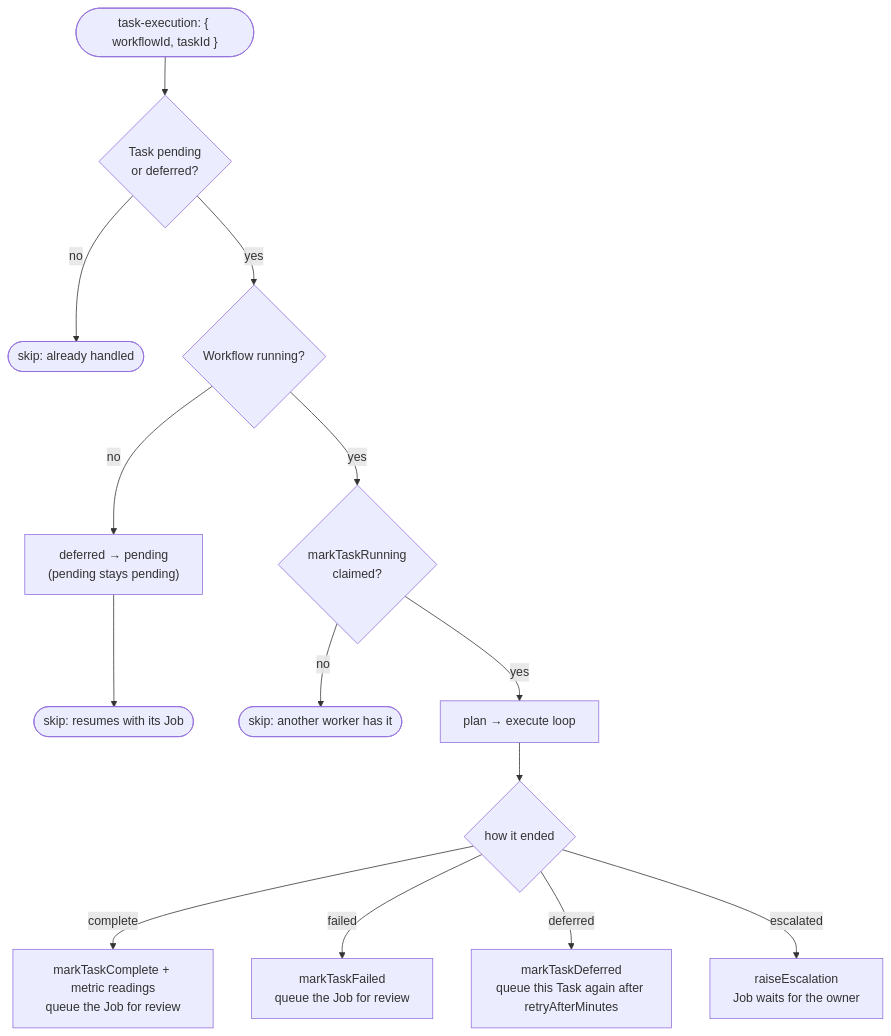
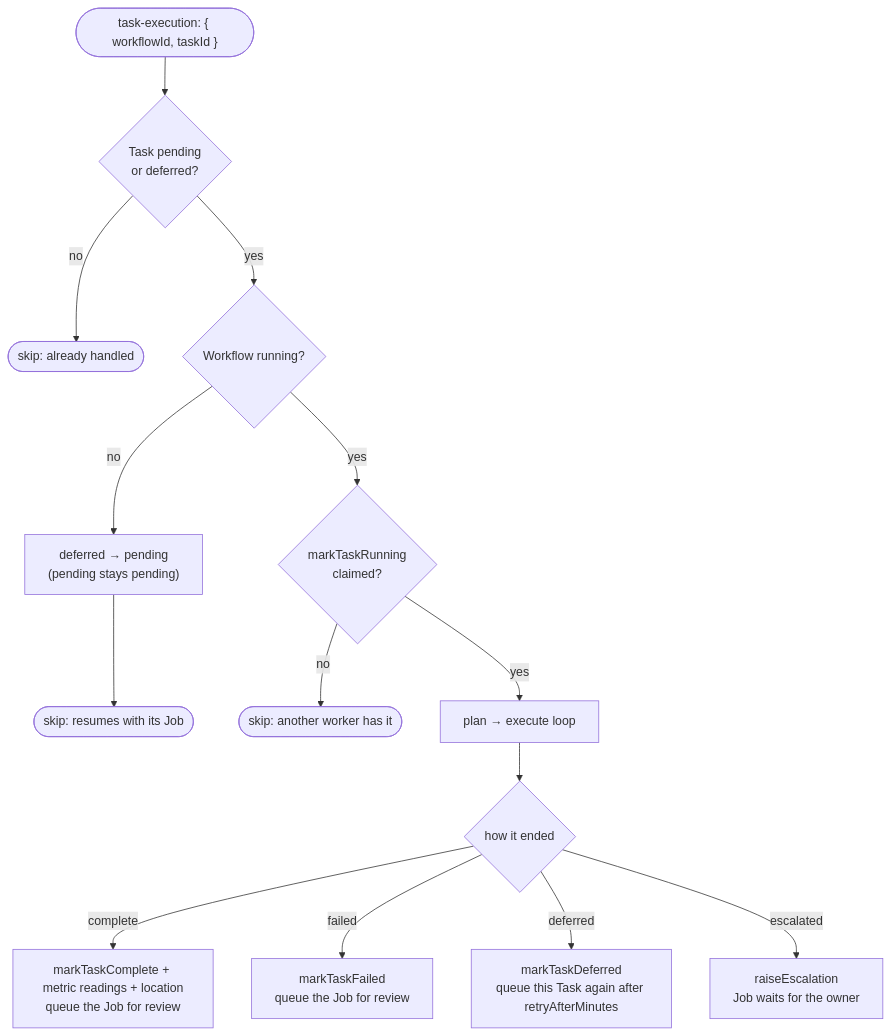
The fourth of 4 diagrams in packages/backend/src/governance/processors/tech-spec.md (BaraaSoft/agentcores), drawn with Mermaid before and after one commit. The commit also changed other lines of this file and 12 other files, not shown here.

First line of the commit message:
Enhance task entity and execution processes with location tracking

````diff
--- a/packages/backend/src/governance/processors/tech-spec.md
+++ b/packages/backend/src/governance/processors/tech-spec.md
@@ -245,15 +245,15 @@
 ```mermaid
 flowchart TD
     Start(["task-execution: { workflowId, taskId }"]) --> Status{"Task pending<br/>or deferred?"}
     Status -- no --> Skip(["skip: already handled"])
     Status -- yes --> Running{"Workflow running?"}
     Running -- no --> Paused["deferred → pending<br/>(pending stays pending)"] --> Skip2(["skip: resumes with its Job"])
     Running -- yes --> Claim{"markTaskRunning<br/>claimed?"}
     Claim -- no --> Skip3(["skip: another worker has it"])
     Claim -- yes --> Loop["plan → execute loop"]
     Loop --> End{"how it ended"}
-    End -- complete --> C["markTaskComplete + metric readings<br/>queue the Job for review"]
+    End -- complete --> C["markTaskComplete + metric readings + location<br/>queue the Job for review"]
     End -- failed --> F["markTaskFailed<br/>queue the Job for review"]
     End -- deferred --> D["markTaskDeferred<br/>queue this Task again after retryAfterMinutes"]
     End -- escalated --> E["raiseEscalation<br/>Job waits for the owner"]
 ```
````
